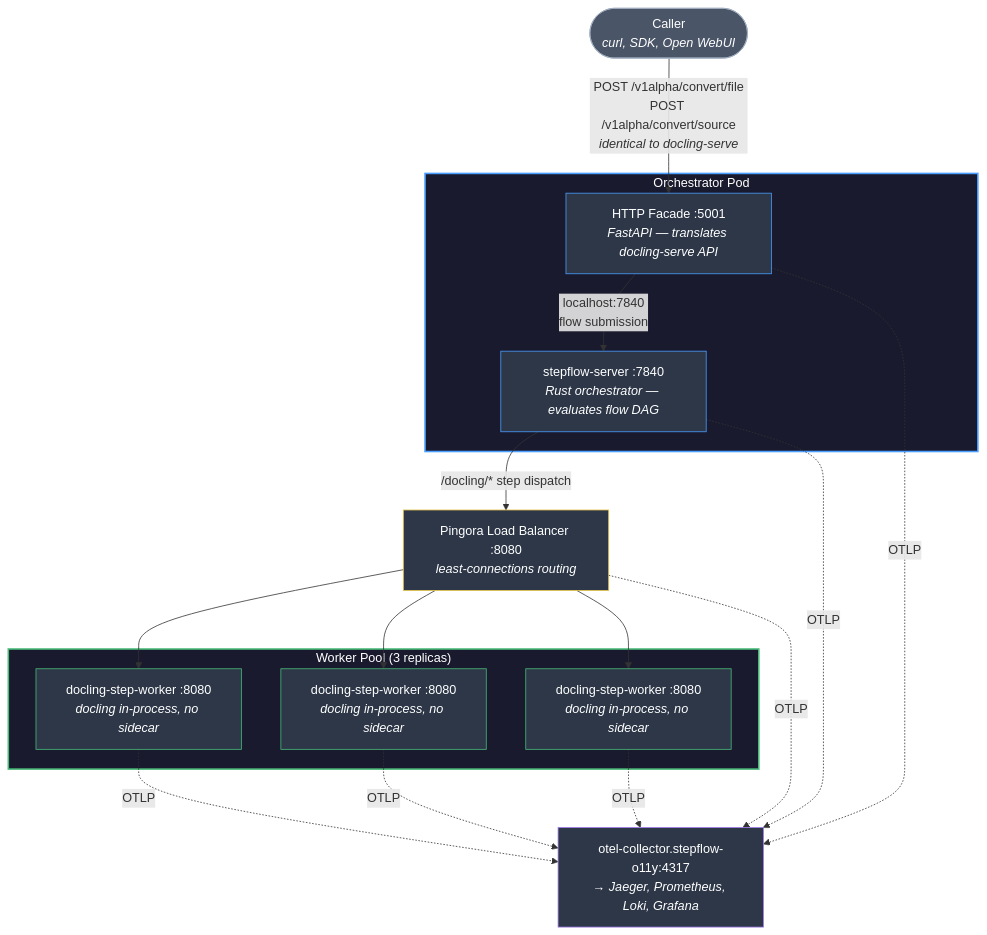
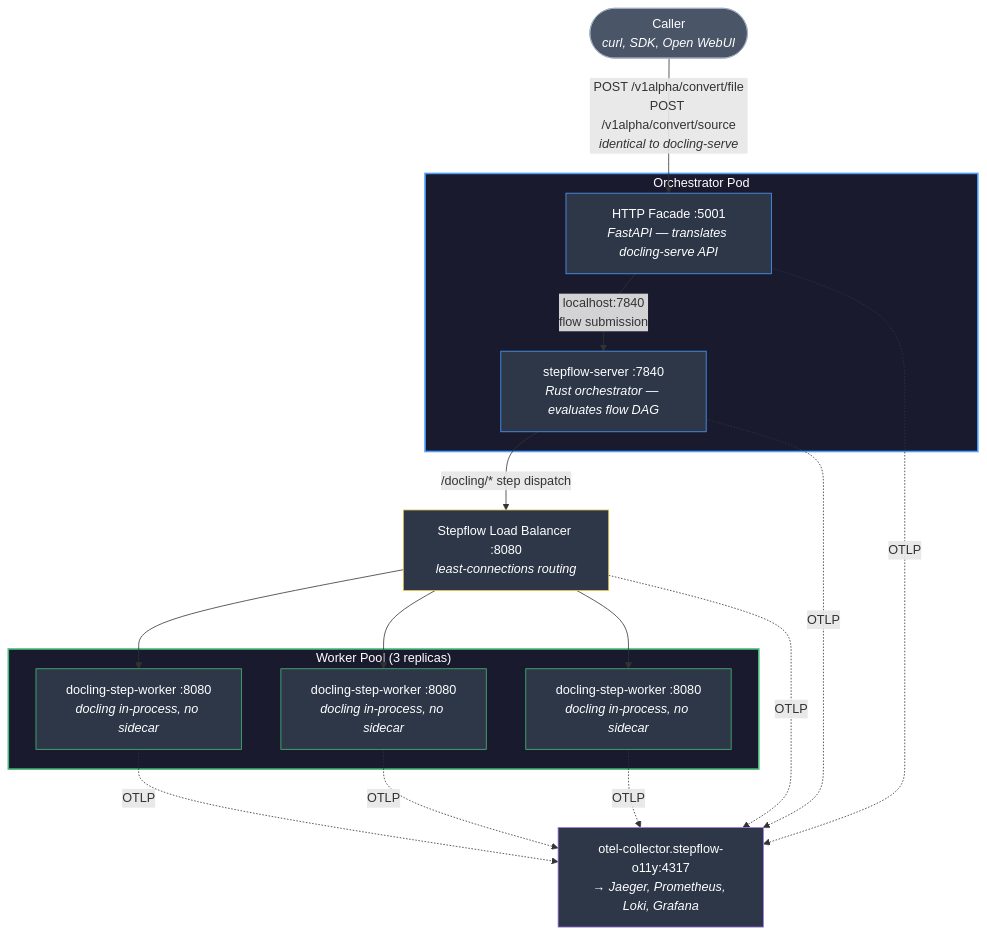
The diagram in docs/proposals/stepflow-docling-namespace.md (stepflow-ai/stepflow), drawn with Mermaid before and after one commit. The commit also changed other lines of this file, not shown here.

Commit message:
docs: Remove refs to pingora LB in favor of stepflow

````diff
--- a/docs/proposals/stepflow-docling-namespace.md
+++ b/docs/proposals/stepflow-docling-namespace.md
@@ -26,42 +26,42 @@
 ```mermaid
 graph TD
     caller(["Caller<br/><i>curl, SDK, Open WebUI</i>"])
 
     caller -->|"POST /v1alpha/convert/file<br/>POST /v1alpha/convert/source<br/><i>identical to docling-serve</i>"| facade
 
     subgraph orchestrator-pod["Orchestrator Pod"]
         facade["HTTP Facade :5001<br/><i>FastAPI — translates docling-serve API</i>"]
         stepflow["stepflow-server :7840<br/><i>Rust orchestrator — evaluates flow DAG</i>"]
         facade -->|"localhost:7840<br/>flow submission"| stepflow
     end
 
     stepflow -->|/docling/* step dispatch| lb
 
-    lb["Pingora Load Balancer :8080<br/><i>least-connections routing</i>"]
+    lb["Stepflow Load Balancer :8080<br/><i>least-connections routing</i>"]
 
     lb --> dsw1 & dsw2 & dsw3
 
     subgraph workers["Worker Pool (3 replicas)"]
         dsw1["docling-step-worker :8080<br/><i>docling in-process, no sidecar</i>"]
         dsw2["docling-step-worker :8080<br/><i>docling in-process, no sidecar</i>"]
         dsw3["docling-step-worker :8080<br/><i>docling in-process, no sidecar</i>"]
     end
 
     dsw1 & dsw2 & dsw3 -.->|OTLP| otel
     facade -.->|OTLP| otel
     stepflow -.->|OTLP| otel
     lb -.->|OTLP| otel
 
     otel["otel-collector.stepflow-o11y:4317<br/><i>→ Jaeger, Prometheus, Loki, Grafana</i>"]
 
     style orchestrator-pod fill:#1a1a2e,stroke:#4a9eff,stroke-width:2px,color:#fff
     style workers fill:#1a1a2e,stroke:#48bb78,stroke-width:2px,color:#fff
     style facade fill:#2d3748,stroke:#4a9eff,color:#fff
     style stepflow fill:#2d3748,stroke:#4a9eff,color:#fff
     style lb fill:#2d3748,stroke:#ecc94b,color:#fff
     style dsw1 fill:#2d3748,stroke:#48bb78,color:#fff
     style dsw2 fill:#2d3748,stroke:#48bb78,color:#fff
     style dsw3 fill:#2d3748,stroke:#48bb78,color:#fff
     style otel fill:#2d3748,stroke:#9f7aea,color:#fff
     style caller fill:#4a5568,stroke:#a0aec0,color:#fff
 ```
````
